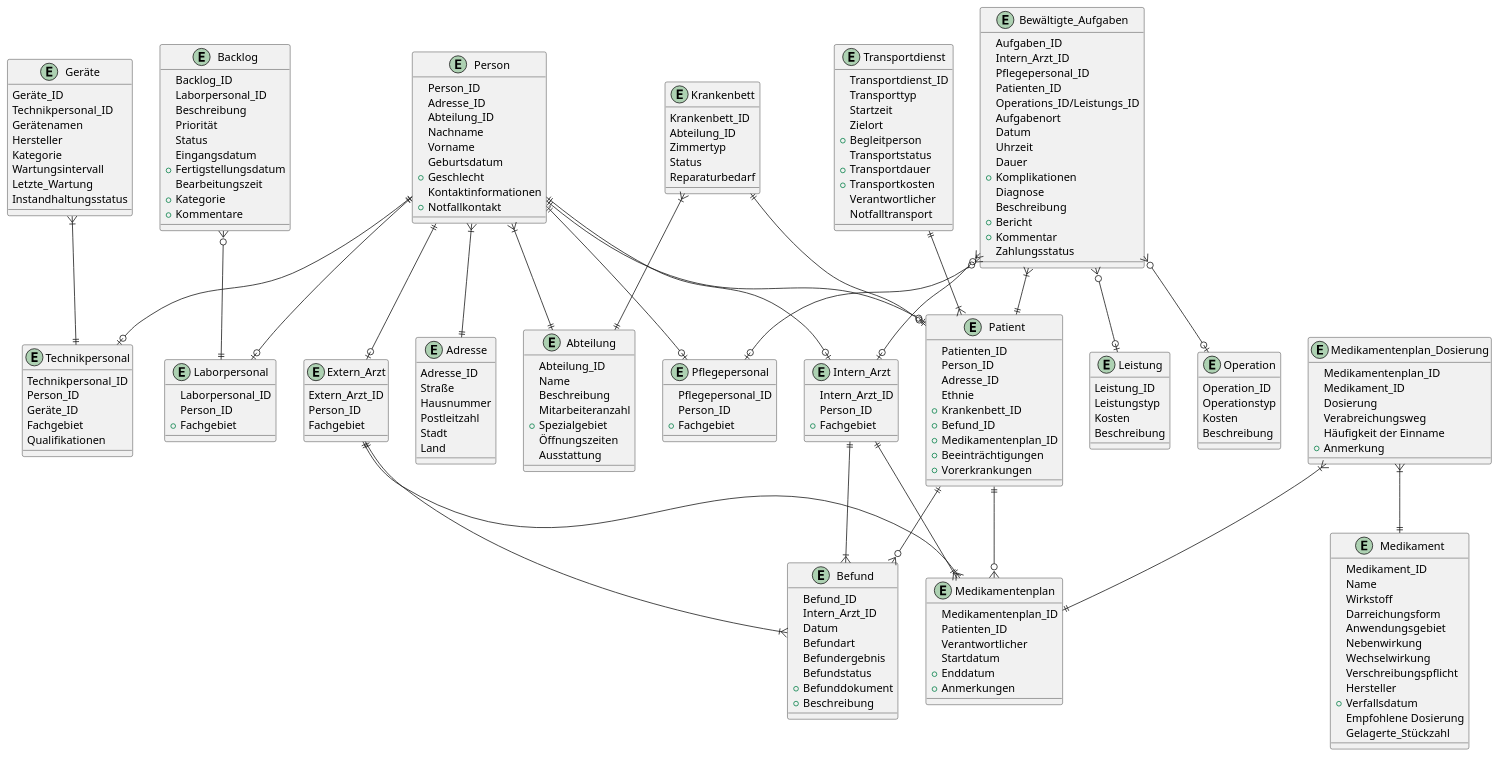
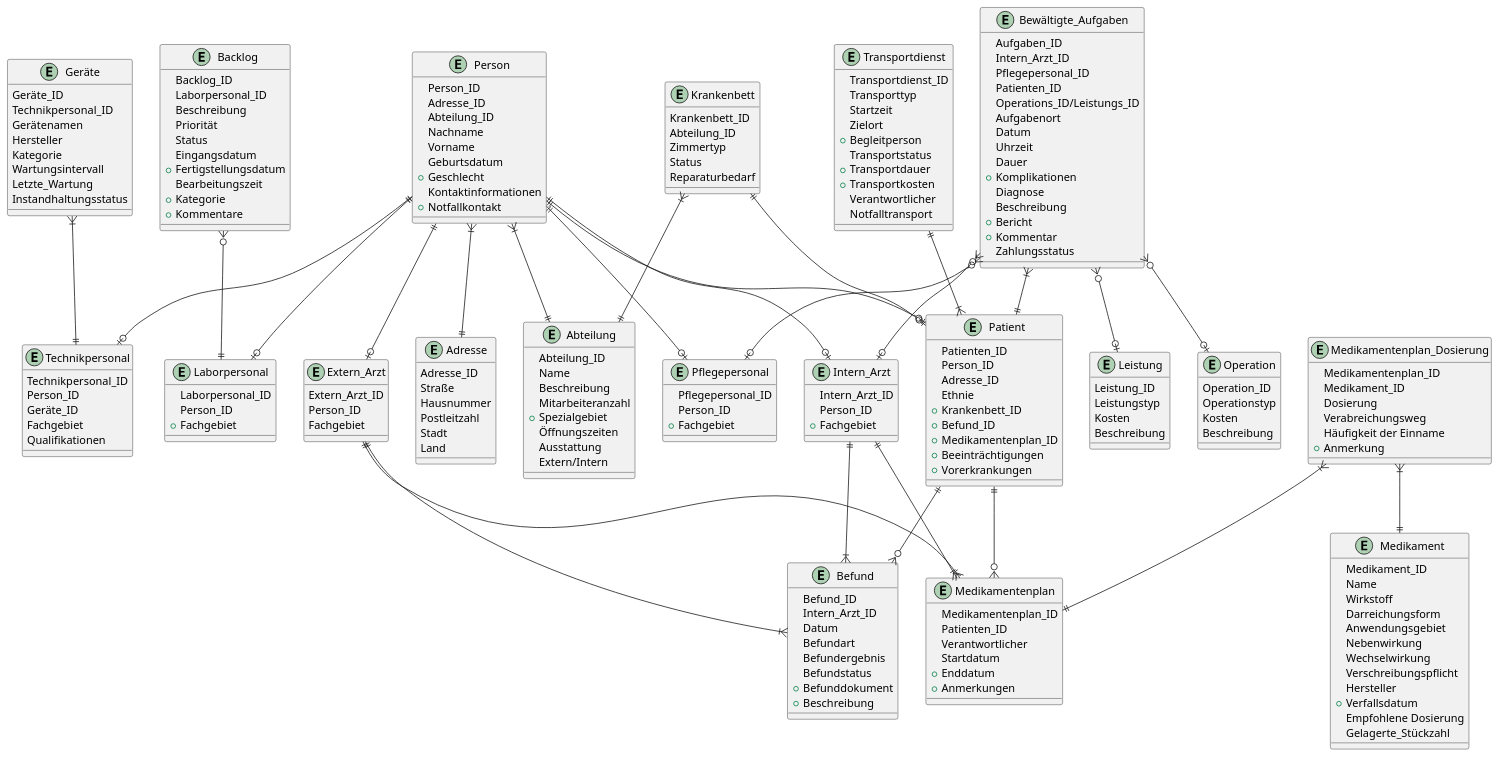
Before and after one commit to helenlaible/ss23-kba-project: the third of 3 diagrams in docs/4_er-diagram/er-diagram.md, drawn with PlantUML.

```diff
--- a/docs/4_er-diagram/er-diagram.md
+++ b/docs/4_er-diagram/er-diagram.md
@@ -339,6 +339,7 @@
   + Spezialgebiet
     Öffnungszeiten
     Ausstattung
+    Extern/Intern
 }
 
 entity "Backlog" as backlog {
```
